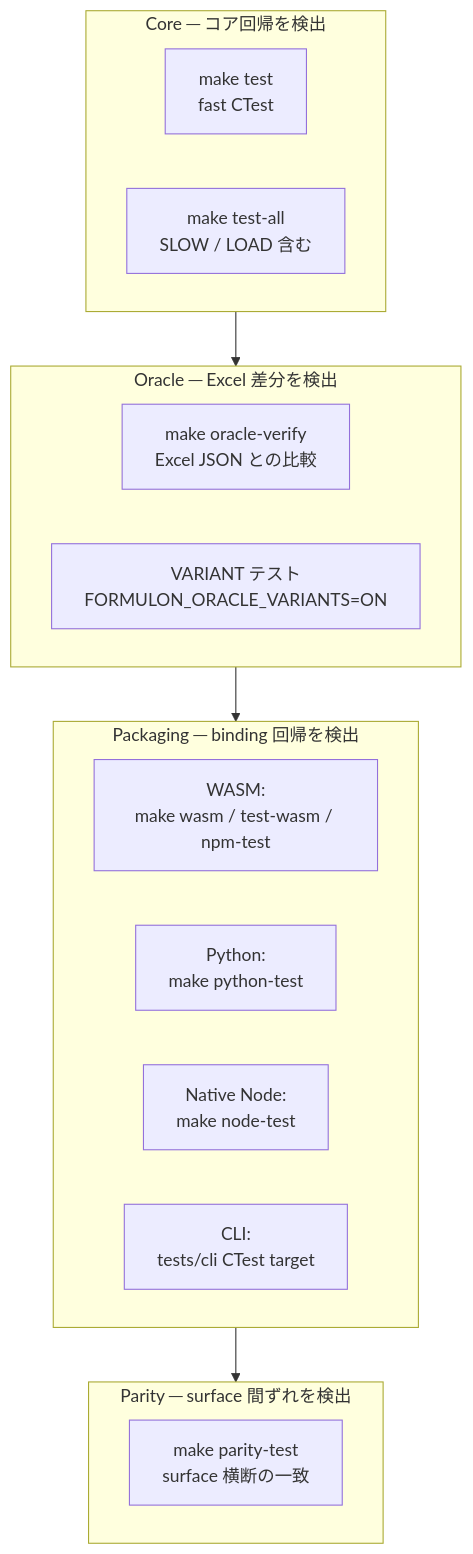
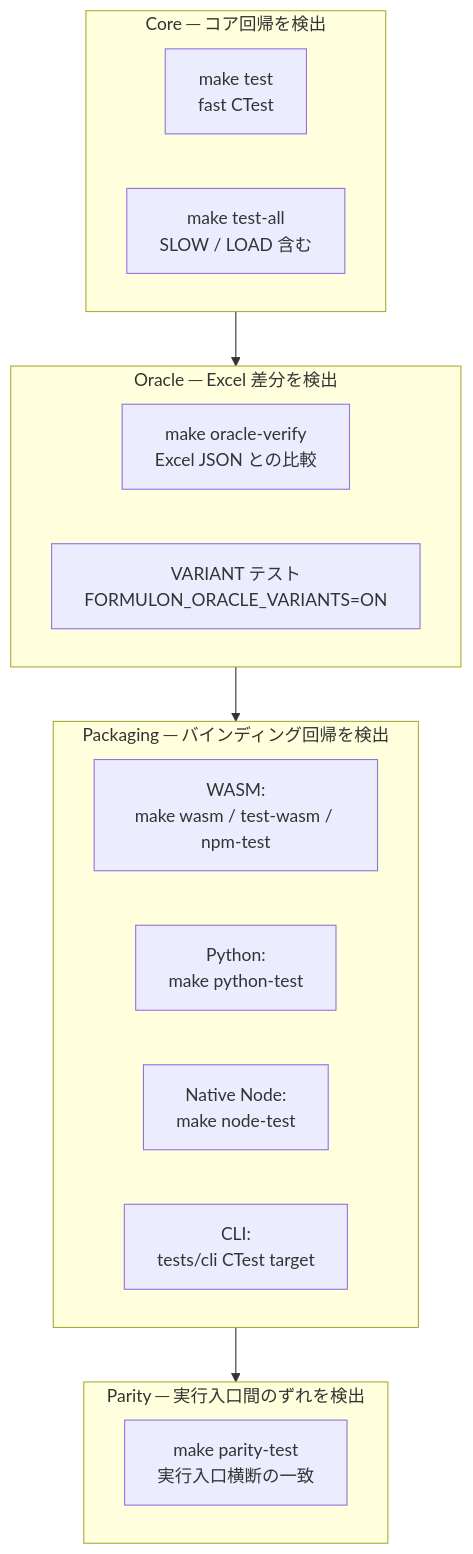
Before and after one commit to libraz/formulon-homepage: the diagram in src/ja/development/test-matrix.md, drawn with Mermaid. The commit also changed other lines of this file and 49 other files, not shown here.

````diff
--- a/src/ja/development/test-matrix.md
+++ b/src/ja/development/test-matrix.md
@@ -9,21 +9,21 @@
 ```mermaid
 flowchart TB
   subgraph Core["Core ─ コア回帰を検出"]
     CT[make test<br/>fast CTest]
     CTA[make test-all<br/>SLOW / LOAD 含む]
   end
   subgraph Oracle["Oracle ─ Excel 差分を検出"]
     OV[make oracle-verify<br/>Excel JSON との比較]
     VAR[VARIANT テスト<br/>FORMULON_ORACLE_VARIANTS=ON]
   end
-  subgraph Packaging["Packaging ─ binding 回帰を検出"]
+  subgraph Packaging["Packaging ─ バインディング回帰を検出"]
     WASM[WASM:<br/>make wasm / test-wasm / npm-test]
     PY[Python:<br/>make python-test]
     NN[Native Node:<br/>make node-test]
     CLI[CLI:<br/>tests/cli CTest target]
   end
-  subgraph Parity["Parity ─ surface 間ずれを検出"]
-    P[make parity-test<br/>surface 横断の一致]
+  subgraph Parity["Parity ─ 実行入口間のずれを検出"]
+    P[make parity-test<br/>実行入口横断の一致]
   end
   Core --> Oracle --> Packaging --> Parity
 ```
````
